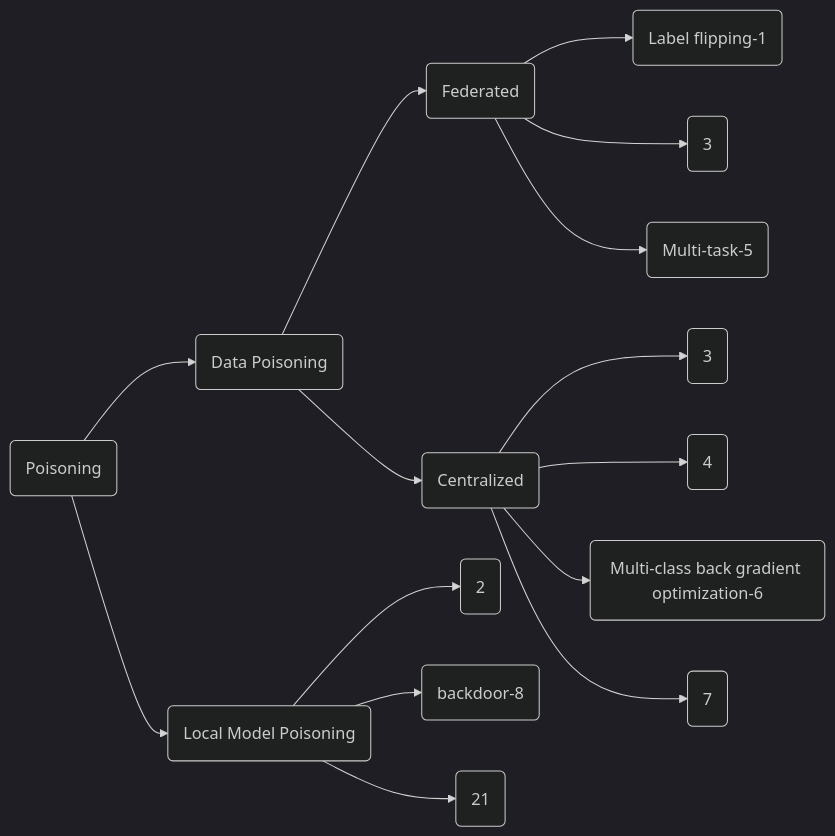
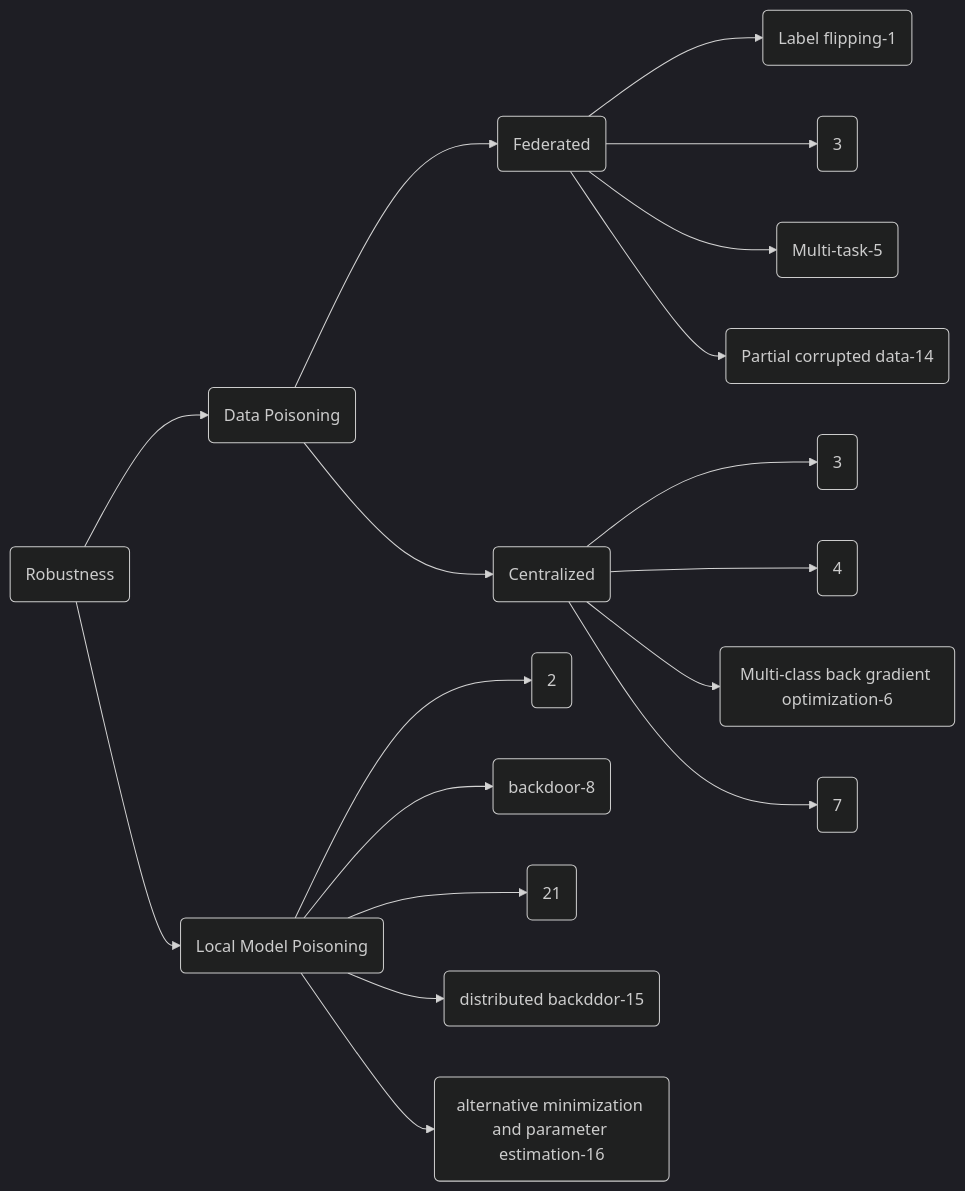
The second of 2 diagrams in README.md (GillHuang-Xtler/flPapers), drawn with Mermaid (dark theme) before and after one commit. The commit also changed other lines of this file, not shown here.

````diff
--- a/README.md
+++ b/README.md
@@ -259,17 +259,20 @@
 ```mermaid
 graph LR
-A(Poisoning)-->B1(Data Poisoning)
+A(Robustness)-->B1(Data Poisoning)
 A-->B2(Local Model Poisoning)
 B1-->C1(Federated)
 B1-->C2(Centralized)
 B2-->D1(2)
 B2-->D2(backdoor-8)
 B2-->D3(21)
+B2-->D4(distributed backddor-15)
+B2-->D5(alternative minimization and parameter estimation-16)
 C1-->G1(Label flipping-1)
 C1-->G2(3)
 C1-->G3(Multi-task-5)
+C1-->G4(Partial corrupted data-14)
 C2-->H1(3)
 C2-->H2(4)
 C2-->H3(Multi-class back gradient optimization-6)
 C2-->H4(7)
 ```
````
